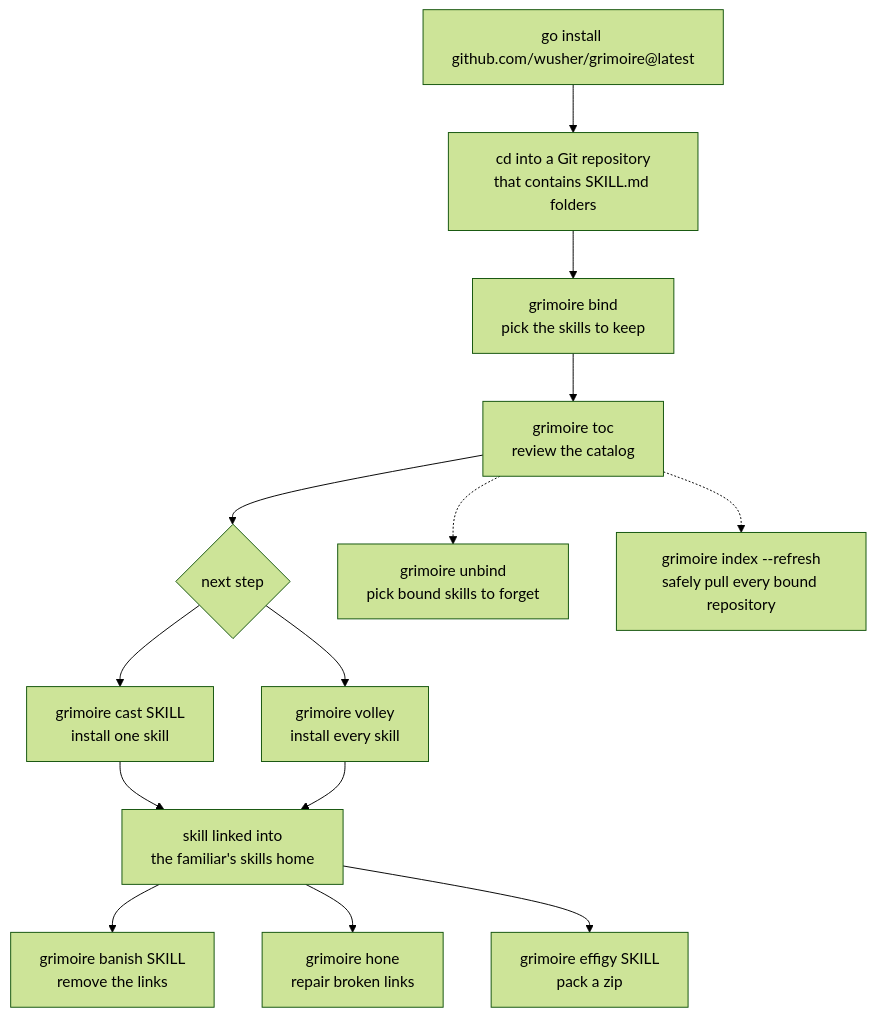
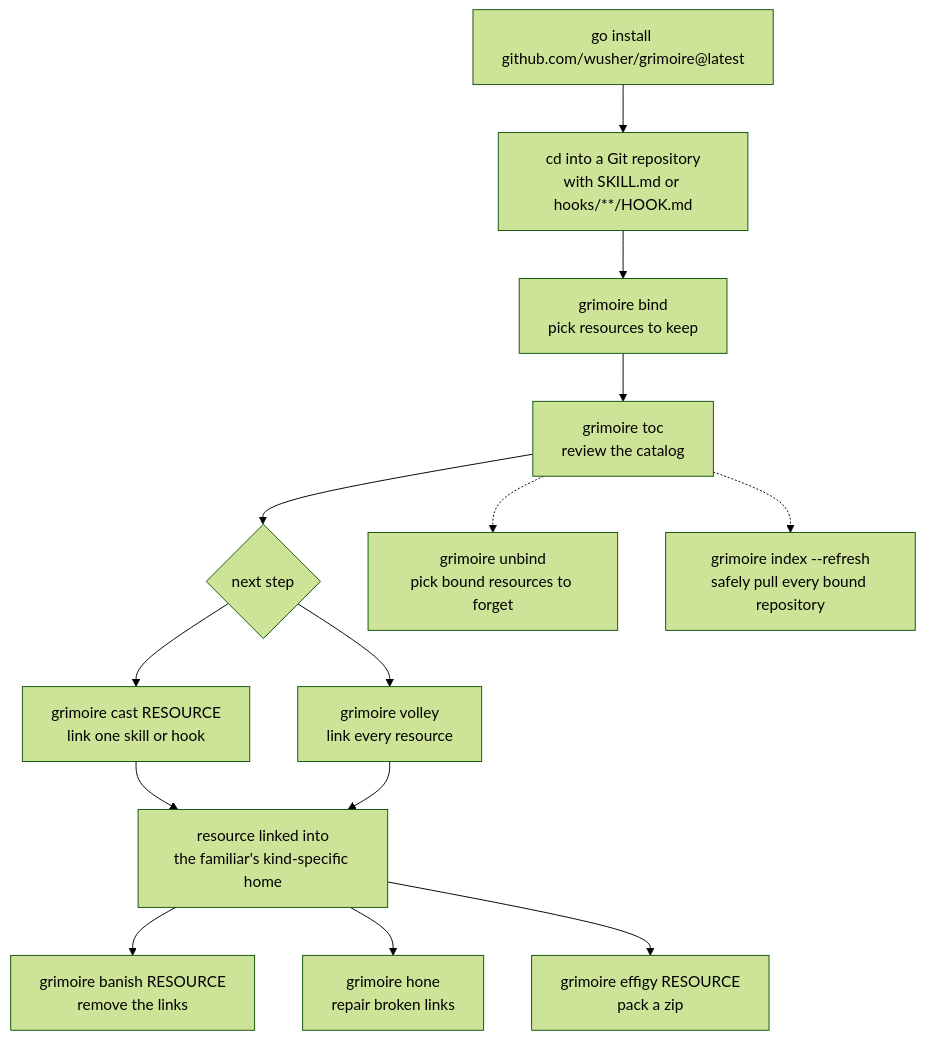
One commit to wusher/grimoire changed the diagram in README.md. Above: the diagram before and after it, drawn with Mermaid (forest theme). The commit also changed other lines of this file and 16 other files, not shown here.

````diff
--- a/README.md
+++ b/README.md
@@ -43,16 +59,16 @@
 ```mermaid
 flowchart TD
-    A["go install github.com/wusher/grimoire@latest"] --> C["cd into a Git repository<br/>that contains SKILL.md folders"]
-    C --> D["grimoire bind<br/>pick the skills to keep"]
+    A["go install github.com/wusher/grimoire@latest"] --> C["cd into a Git repository<br/>with SKILL.md or hooks/**/HOOK.md"]
+    C --> D["grimoire bind<br/>pick resources to keep"]
     D --> E["grimoire toc<br/>review the catalog"]
     E --> F{next step}
-    F --> G["grimoire cast SKILL<br/>install one skill"]
-    F --> H["grimoire volley<br/>install every skill"]
-    G --> J["skill linked into<br/>the familiar's skills home"]
+    F --> G["grimoire cast RESOURCE<br/>link one skill or hook"]
+    F --> H["grimoire volley<br/>link every resource"]
+    G --> J["resource linked into<br/>the familiar's kind-specific home"]
     H --> J
-    J --> K["grimoire banish SKILL<br/>remove the links"]
+    J --> K["grimoire banish RESOURCE<br/>remove the links"]
     J --> L["grimoire hone<br/>repair broken links"]
-    J --> M["grimoire effigy SKILL<br/>pack a zip"]
-    E -.-> N["grimoire unbind<br/>pick bound skills to forget"]
+    J --> M["grimoire effigy RESOURCE<br/>pack a zip"]
+    E -.-> N["grimoire unbind<br/>pick bound resources to forget"]
     E -.-> O["grimoire index --refresh<br/>safely pull every bound repository"]
 ```
````
